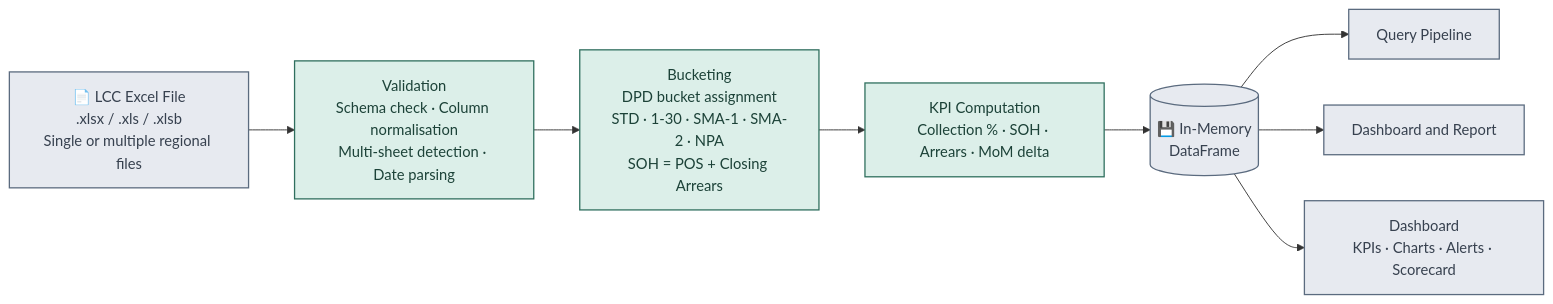
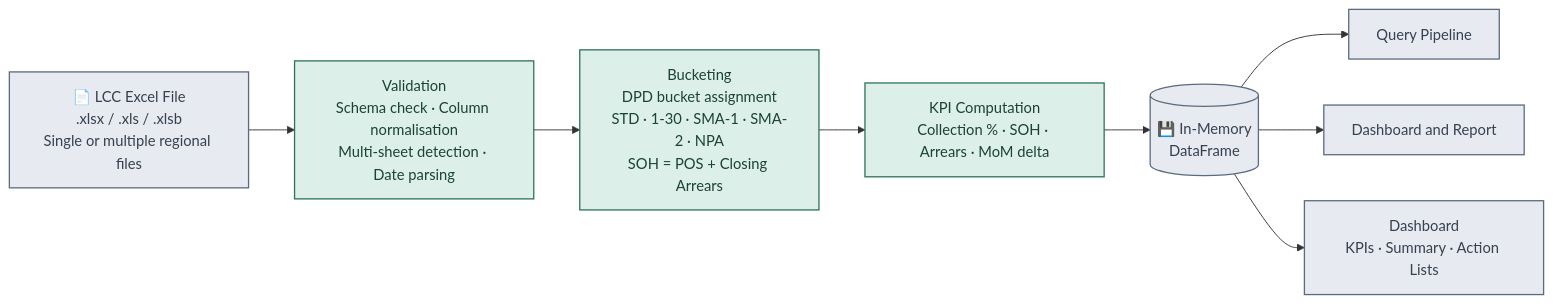
One commit to Sanjay-00/CollectionIQ changed the third of 3 diagrams in README.md. Above: the diagram before and after it, drawn with Mermaid. The commit also changed other lines of this file and 24 other files, not shown here.

Commit message:
Action Lists tab, Scorecard into Executives, Root Cause and Business views, drop HTML export

````diff
--- a/README.md
+++ b/README.md
@@ -363,15 +305,15 @@
 ```mermaid
 flowchart LR
     XL["📄 LCC Excel File\n.xlsx / .xls / .xlsb\nSingle or multiple regional files"] --> VAL["Validation\nSchema check · Column normalisation\nMulti-sheet detection · Date parsing"]
     VAL --> BK["Bucketing\nDPD bucket assignment\nSTD · 1-30 · SMA-1 · SMA-2 · NPA\nSOH = POS + Closing Arrears"]
     BK --> KPI["KPI Computation\nCollection % · SOH · Arrears · MoM delta"]
     KPI --> DF[("💾 In-Memory\nDataFrame")]
     DF --> QP2["Query Pipeline"]
     DF --> RP2["Dashboard and Report"]
-    DF --> DB["Dashboard\nKPIs · Charts · Alerts · Scorecard"]
+    DF --> DB["Dashboard\nKPIs · Summary · Action Lists"]
 
     classDef det fill:#DCEFE9,stroke:#2F6F5E,color:#1C4238,stroke-width:1.4px;
     classDef neutral fill:#E7EAF0,stroke:#5B6B7F,color:#37414F,stroke-width:1.4px;
     class VAL,BK,KPI det;
     class XL,DF,QP2,RP2,DB neutral;
 ```
````
